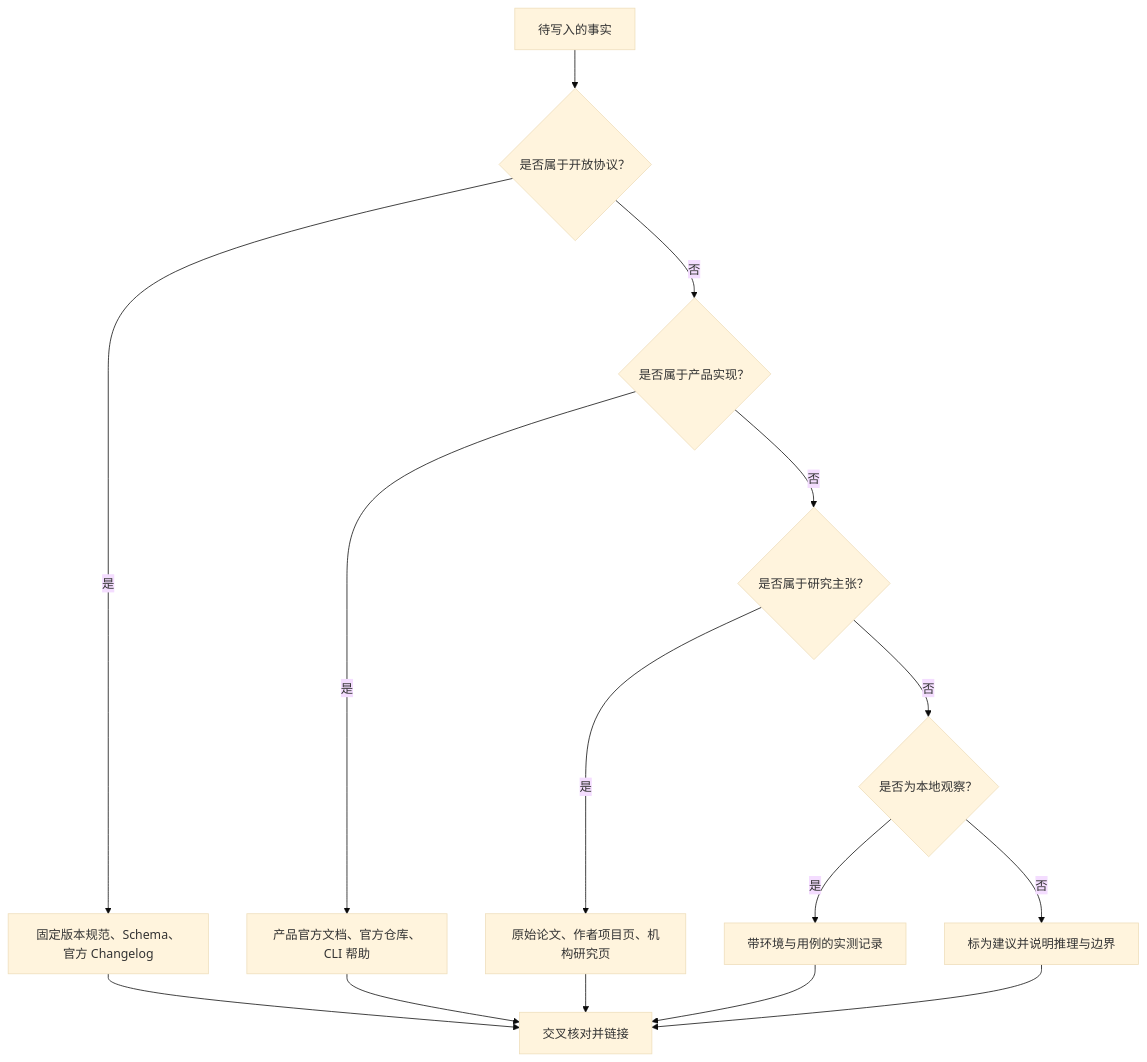
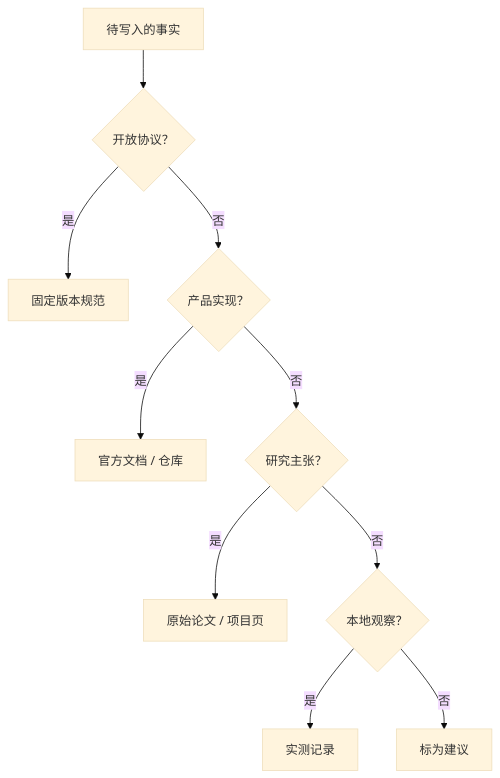
Before and after one commit to FoLaJJ/agent-systems-notes: the first of 2 diagrams in docs/24-sources.md, drawn with Mermaid (base theme). The commit also changed other lines of this file and 11 other files, not shown here.

Commit message:
Improve Mermaid diagram readability

````diff
--- a/docs/24-sources.md
+++ b/docs/24-sources.md
@@ -33,17 +33,12 @@
 ```mermaid
 flowchart TD
-    C["待写入的事实"] --> Q{"是否属于开放协议？"}
-    Q -->|是| V["固定版本规范、Schema、官方 Changelog"]
-    Q -->|否| P{"是否属于产品实现？"}
-    P -->|是| O["产品官方文档、官方仓库、CLI 帮助"]
-    P -->|否| R{"是否属于研究主张？"}
-    R -->|是| L["原始论文、作者项目页、机构研究页"]
-    R -->|否| T{"是否为本地观察？"}
-    T -->|是| E["带环境与用例的实测记录"]
-    T -->|否| A["标为建议并说明推理与边界"]
-    V --> X["交叉核对并链接"]
-    O --> X
-    L --> X
-    E --> X
-    A --> X
+    C["待写入的事实"] --> Q{"开放协议？"}
+    Q -->|是| V["固定版本规范"]
+    Q -->|否| P{"产品实现？"}
+    P -->|是| O["官方文档 / 仓库"]
+    P -->|否| R{"研究主张？"}
+    R -->|是| L["原始论文 / 项目页"]
+    R -->|否| T{"本地观察？"}
+    T -->|是| E["实测记录"]
+    T -->|否| A["标为建议"]
 ```
````
